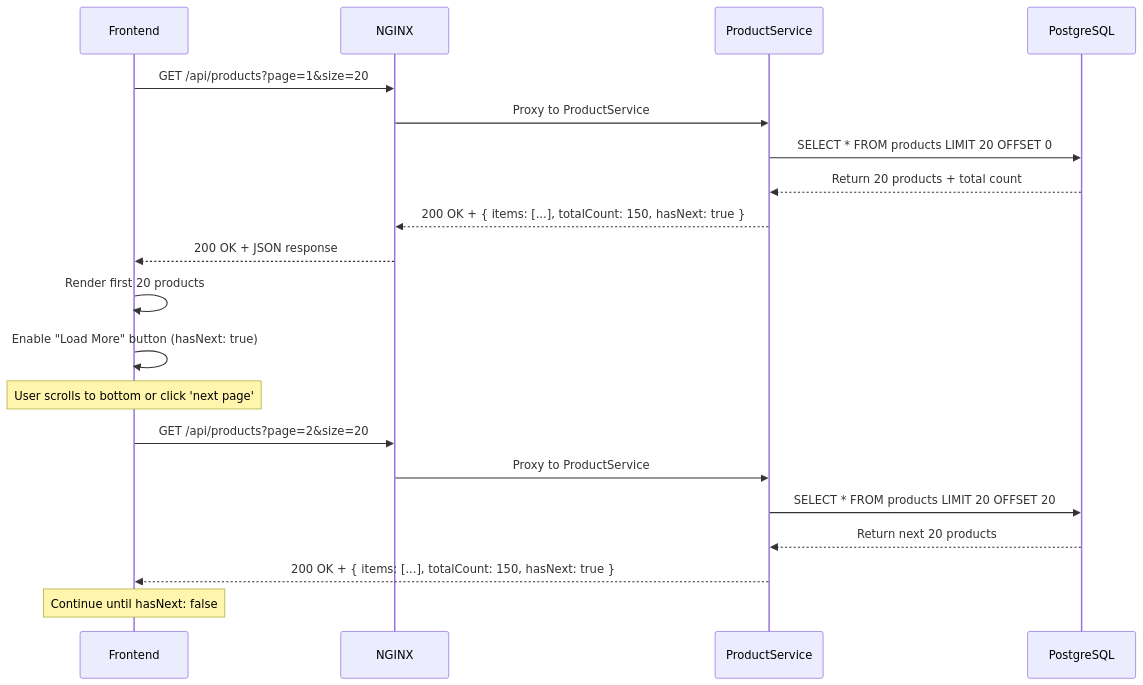
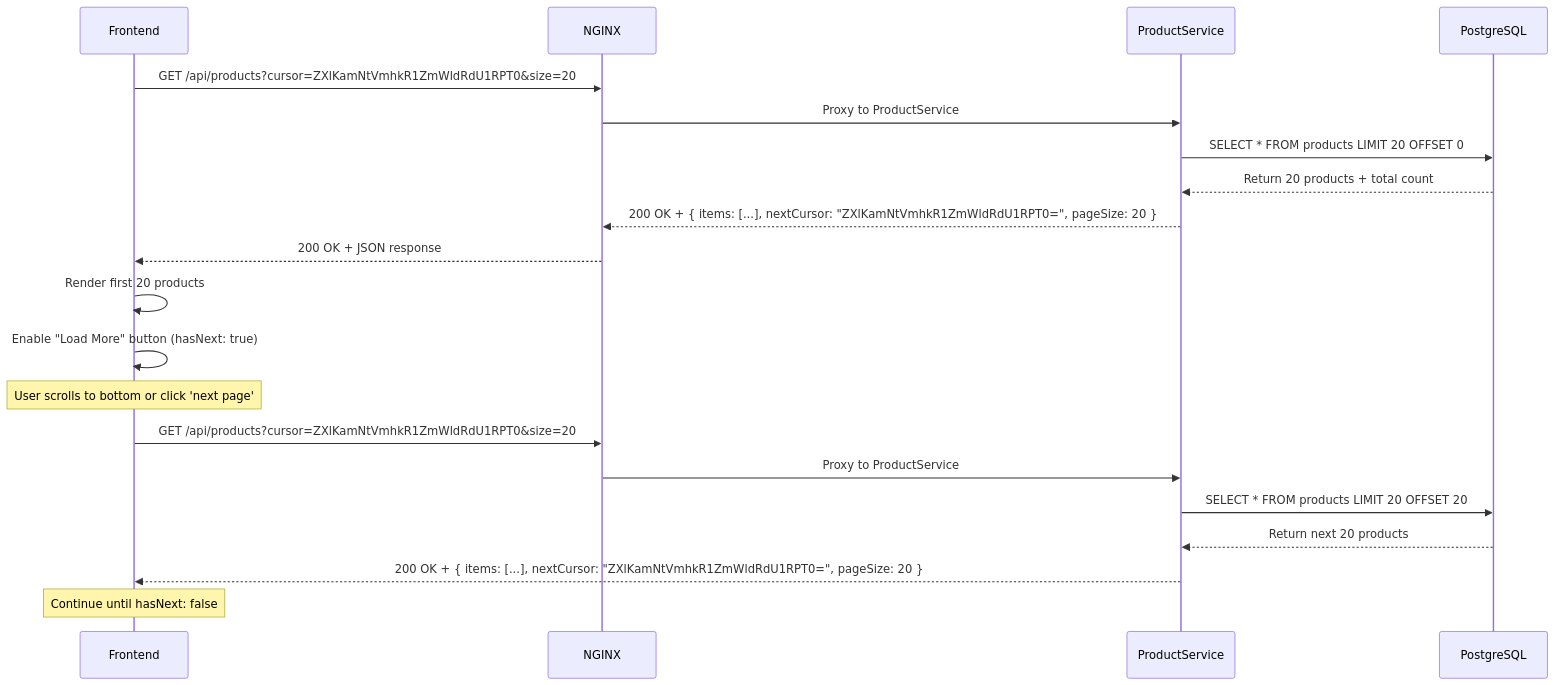
One commit to Goluboy/OzonMarketplace changed the diagram in docs/Sequence diagrams/Get Products.md. Above: the diagram before and after it, drawn with Mermaid. The commit also changed 2 other files, not shown here.

Commit message:
Docs/update (#15)
* update

добавил 2  sequence diagramв формате md с флоу запросов через все сервисы.
Обновил openApi.

Под вопросом: как хранить id

* enclosed the code in quotation marks for the mermaid render

* added ADR, update currency in openapi

* Create 002-categoryId-type.md

* Create 003-saga.md

* ADR-002 CategoryId type

Добавлено обоснование использования int в качестве ключа CategoryId

* Update 002-categoryId-type.md

* Изменил в GET /api/products модели на карточки товара

Изменил возвращаемые модели на анемичные карточки товара.
Изменил пагинацию на курсорную.

* Изменил модели ответа/запроса в соответствии с курсорной пагинацией

* Update Get Products.md

---------

````diff
--- a/docs/Sequence diagrams/Get Products.md
+++ b/docs/Sequence diagrams/Get Products.md
@@ -1,29 +1,29 @@
 ``` mermaid
 sequenceDiagram
     participant Frontend
     participant NGINX
     participant ProductService
     participant PostgreSQL
 
-    Frontend->>NGINX: GET /api/products?page=1&size=20
+    Frontend->>NGINX: GET /api/products?cursor=ZXlKamNtVmhkR1ZmWldRdU1RPT0&size=20
     NGINX->>ProductService: Proxy to ProductService
     
     ProductService->>PostgreSQL: SELECT * FROM products LIMIT 20 OFFSET 0
     PostgreSQL-->>ProductService: Return 20 products + total count
-    ProductService-->>NGINX: 200 OK + { items: [...], totalCount: 150, hasNext: true }
+    ProductService-->>NGINX: 200 OK + { items: [...], nextCursor: "ZXlKamNtVmhkR1ZmWldRdU1RPT0=", pageSize: 20 }
     NGINX-->>Frontend: 200 OK + JSON response
     
     Frontend->>Frontend: Render first 20 products
     Frontend->>Frontend: Enable "Load More" button (hasNext: true)
     
     Note over Frontend: User scrolls to bottom or click 'next page'
     
-    Frontend->>NGINX: GET /api/products?page=2&size=20
+    Frontend->>NGINX: GET /api/products?cursor=ZXlKamNtVmhkR1ZmWldRdU1RPT0&size=20
     NGINX->>ProductService: Proxy to ProductService
     ProductService->>PostgreSQL: SELECT * FROM products LIMIT 20 OFFSET 20
     PostgreSQL-->>ProductService: Return next 20 products
-    ProductService-->>Frontend: 200 OK + { items: [...], totalCount: 150, hasNext: true }
+    ProductService-->>Frontend: 200 OK + { items: [...], nextCursor: "ZXlKamNtVmhkR1ZmWldRdU1RPT0=", pageSize: 20 }
     
     Note over Frontend: Continue until hasNext: false
     
 ```
````
